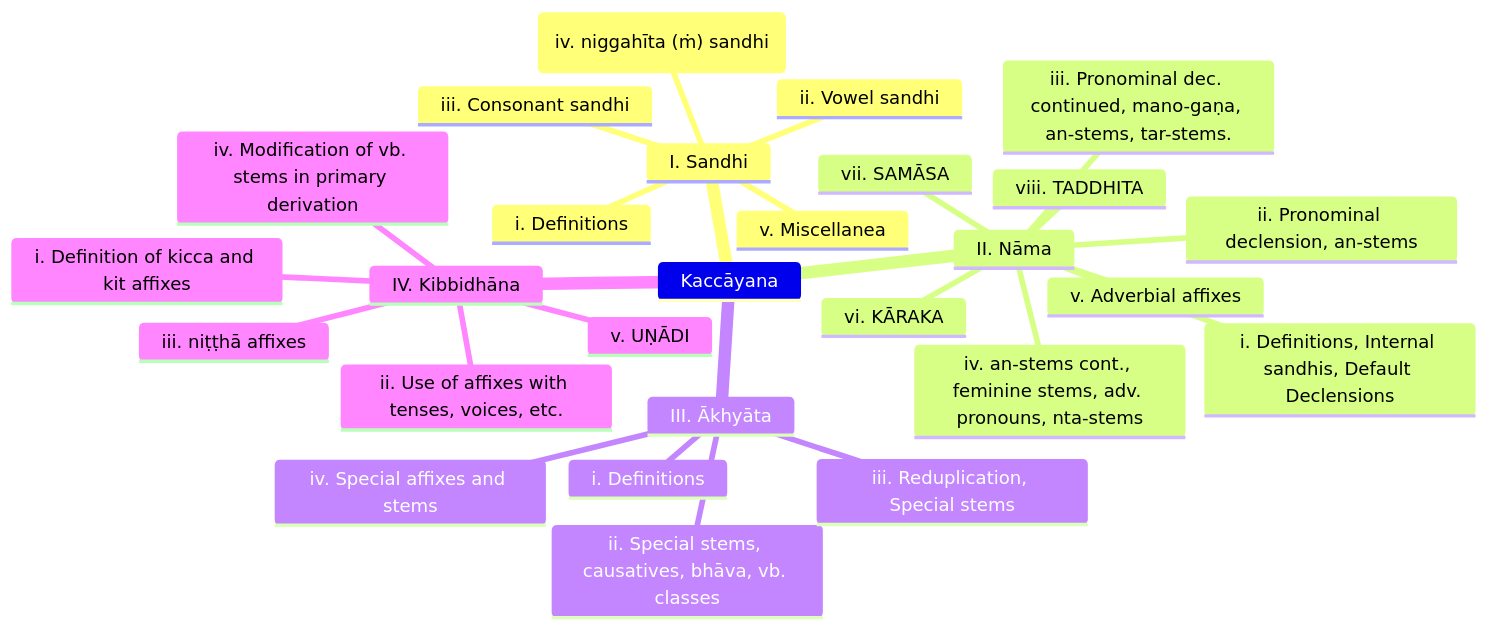
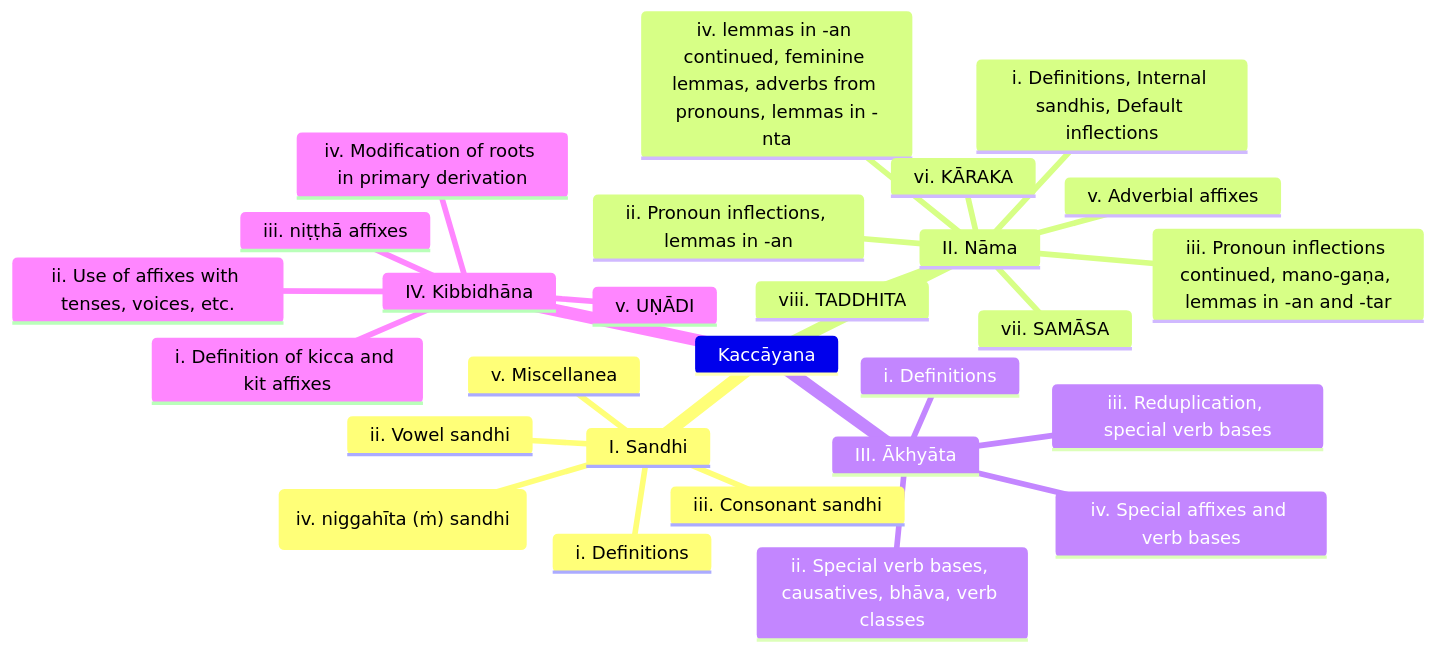
Before and after one commit to ChristineTham/buddhavacana: the first of 11 diagrams in src/content/docs/Pali Textbook/m-kaccayana.md, drawn with Mermaid. The commit also changed other lines of this file and 52 other files, not shown here.

````diff
--- a/src/content/docs/Pali Textbook/m-kaccayana.md
+++ b/src/content/docs/Pali Textbook/m-kaccayana.md
@@ -45,30 +45,30 @@
 ```mermaid
 mindmap
   Kaccāyana
     I. Sandhi
       i. Definitions
       ii. Vowel sandhi
       iii. Consonant sandhi
       Iiv("iv. niggahīta (ṁ) sandhi")
       v. Miscellanea
     II. Nāma
-      i. Definitions, Internal sandhis, Default Declensions
-      ii. Pronominal declension, an-stems
-      iii. Pronominal dec. continued, mano-gaṇa, an-stems, tar-stems.
-      iv. an-stems cont., feminine stems, adv. pronouns, nta-stems
+      i. Definitions, Internal sandhis, Default inflections
+      ii. Pronoun inflections, lemmas in -an
+      iii. Pronoun inflections continued, mano-gaṇa, lemmas in -an and -tar
+      iv. lemmas in -an continued, feminine lemmas, adverbs from pronouns, lemmas in -nta
       v. Adverbial affixes
       vi. KĀRAKA
       vii. SAMĀSA
       viii. TADDHITA
     III. Ākhyāta
       i. Definitions
-      ii. Special stems, causatives, bhāva, vb. classes
-      iii. Reduplication, Special stems
-      iv. Special affixes and stems
+      ii. Special verb bases, causatives, bhāva, verb classes
+      iii. Reduplication, special verb bases
+      iv. Special affixes and verb bases
     IV. Kibbidhāna
       i. Definition of kicca and kit affixes
       ii. Use of affixes with tenses, voices, etc.
       iii. niṭṭhā affixes
-      iv. Modification of vb. stems in primary derivation
+      iv. Modification of roots in primary derivation
       v. UṆĀDI
 ```
````
